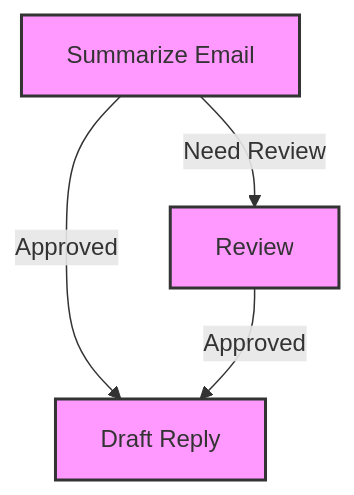
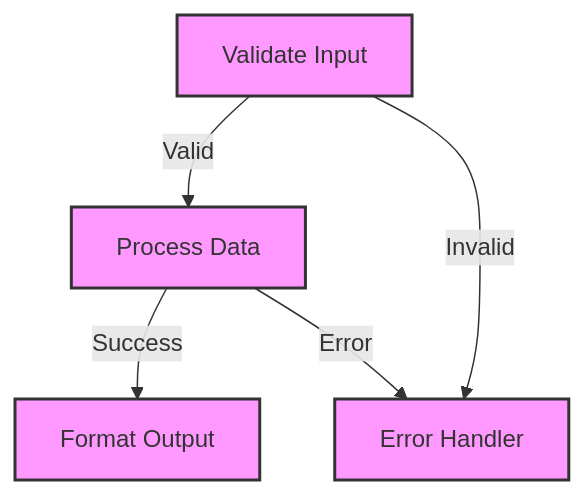
The second of 3 diagrams in README.md (aitoroses/floxide), drawn with Mermaid before and after one commit. The commit also changed other lines of this file and 2 other files, not shown here.

````diff
--- a/README.md
+++ b/README.md
@@ -232,9 +106,11 @@
 ```mermaid
 graph TD
-    A["Summarize Email"] -->|Need Review| B["Review"]
-    A -->|Approved| C["Draft Reply"]
-    B -->|Approved| C
+    A["Validate Input"] -->|Valid| B["Process Data"]
+    A -->|Invalid| C["Error Handler"]
+    B -->|Success| D["Format Output"]
+    B -->|Error| C
     style A fill:#f9f,stroke:#333,stroke-width:2px
     style B fill:#f9f,stroke:#333,stroke-width:2px
     style C fill:#f9f,stroke:#333,stroke-width:2px
+    style D fill:#f9f,stroke:#333,stroke-width:2px
 ```
````
